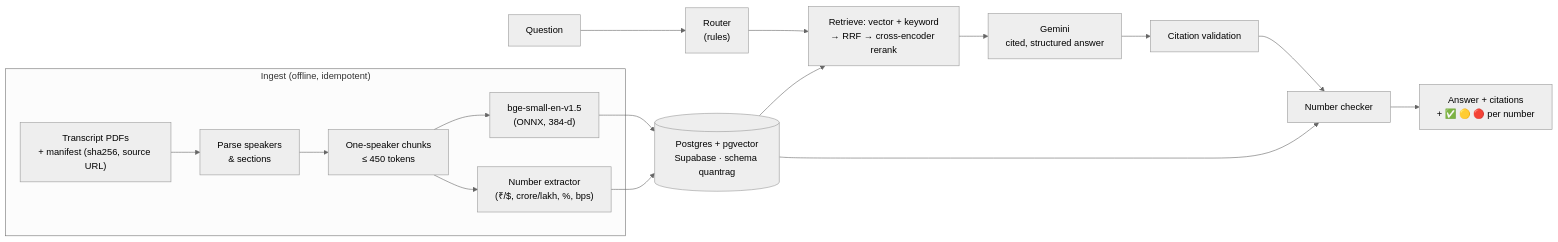
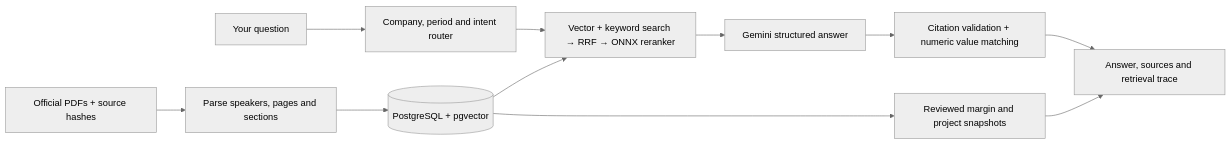
Before and after one commit to aaranarc/earnings-call-analyst: the diagram in README.md, drawn with Mermaid (neutral theme). The commit also changed other lines of this file and 3 other files, not shown here.

````diff
--- a/README.md
+++ b/README.md
@@ -79,19 +65,13 @@
 ```mermaid
 flowchart LR
-    subgraph Ingest["Ingest (offline, idempotent)"]
-        PDF["Transcript PDFs<br/>+ manifest (sha256, source URL)"] --> P["Parse speakers<br/>& sections"]
-        P --> C["One-speaker chunks<br/>≤ 450 tokens"]
-        C --> E["bge-small-en-v1.5<br/>(ONNX, 384-d)"]
-        C --> N["Number extractor<br/>(₹/$, crore/lakh, %, bps)"]
-    end
-    E --> DB[("Postgres + pgvector<br/>Supabase · schema quantrag")]
-    N --> DB
-    Q["Question"] --> R["Router<br/>(rules)"]
-    R --> RET["Retrieve: vector + keyword<br/>→ RRF → cross-encoder rerank"]
-    DB --> RET
-    RET --> G["Gemini<br/>cited, structured answer"]
-    G --> V["Citation validation"]
-    V --> NC["Number checker"]
-    DB --> NC
-    NC --> OUT["Answer + citations<br/>+ ✅ 🟡 🔴 per number"]
+    PDF["Official PDFs + source hashes"] --> Parse["Parse speakers, pages and sections"]
+    Parse --> Store[("PostgreSQL + pgvector")]
+    Q["Your question"] --> Route["Company, period and intent router"]
+    Route --> Retrieve["Vector + keyword search → RRF → ONNX reranker"]
+    Store --> Retrieve
+    Retrieve --> Answer["Gemini structured answer"]
+    Answer --> Check["Citation validation + numeric value matching"]
+    Check --> UI["Answer, sources and retrieval trace"]
+    Store --> Snapshots["Reviewed margin and project snapshots"]
+    Snapshots --> UI
 ```
````
